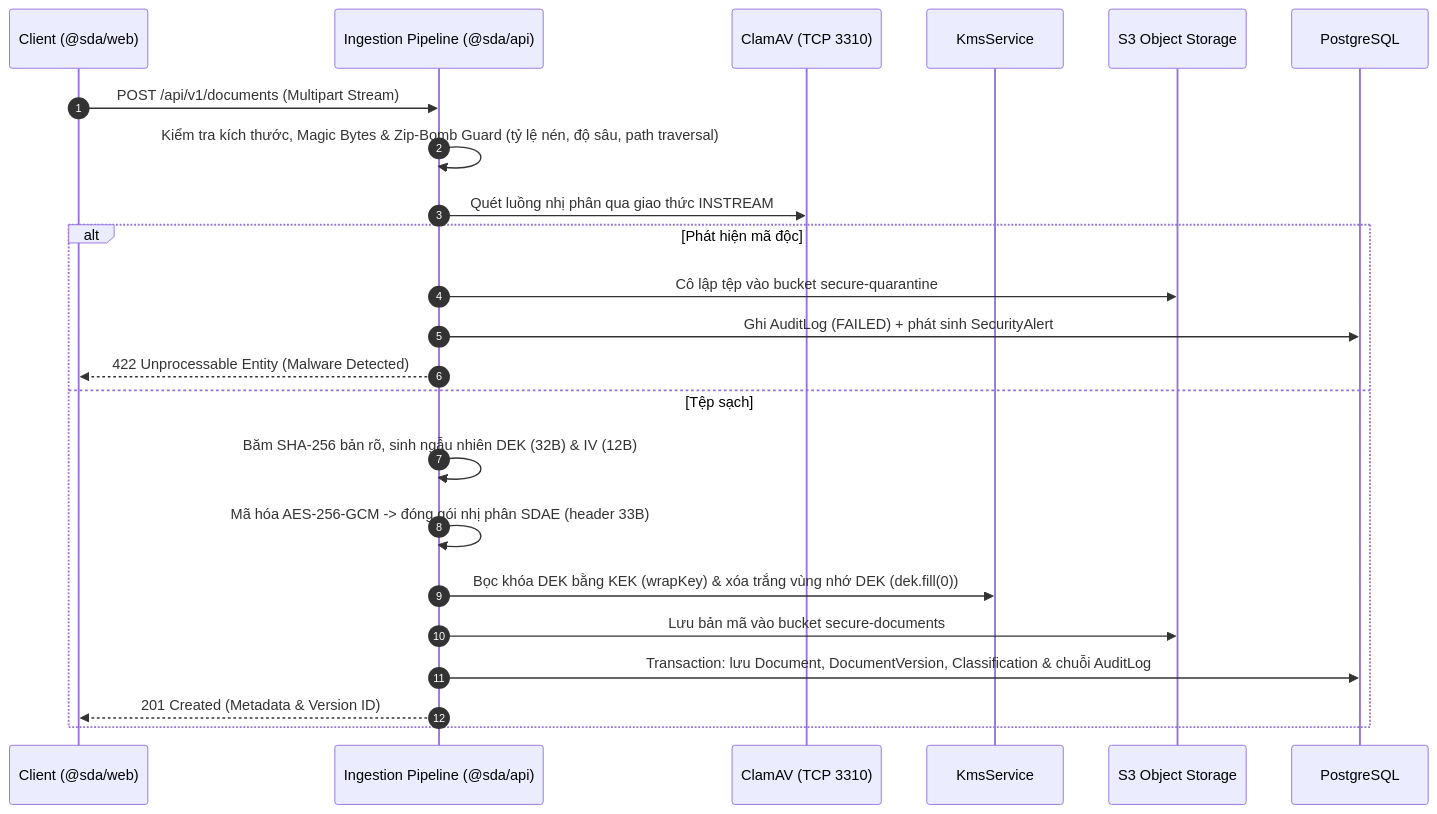
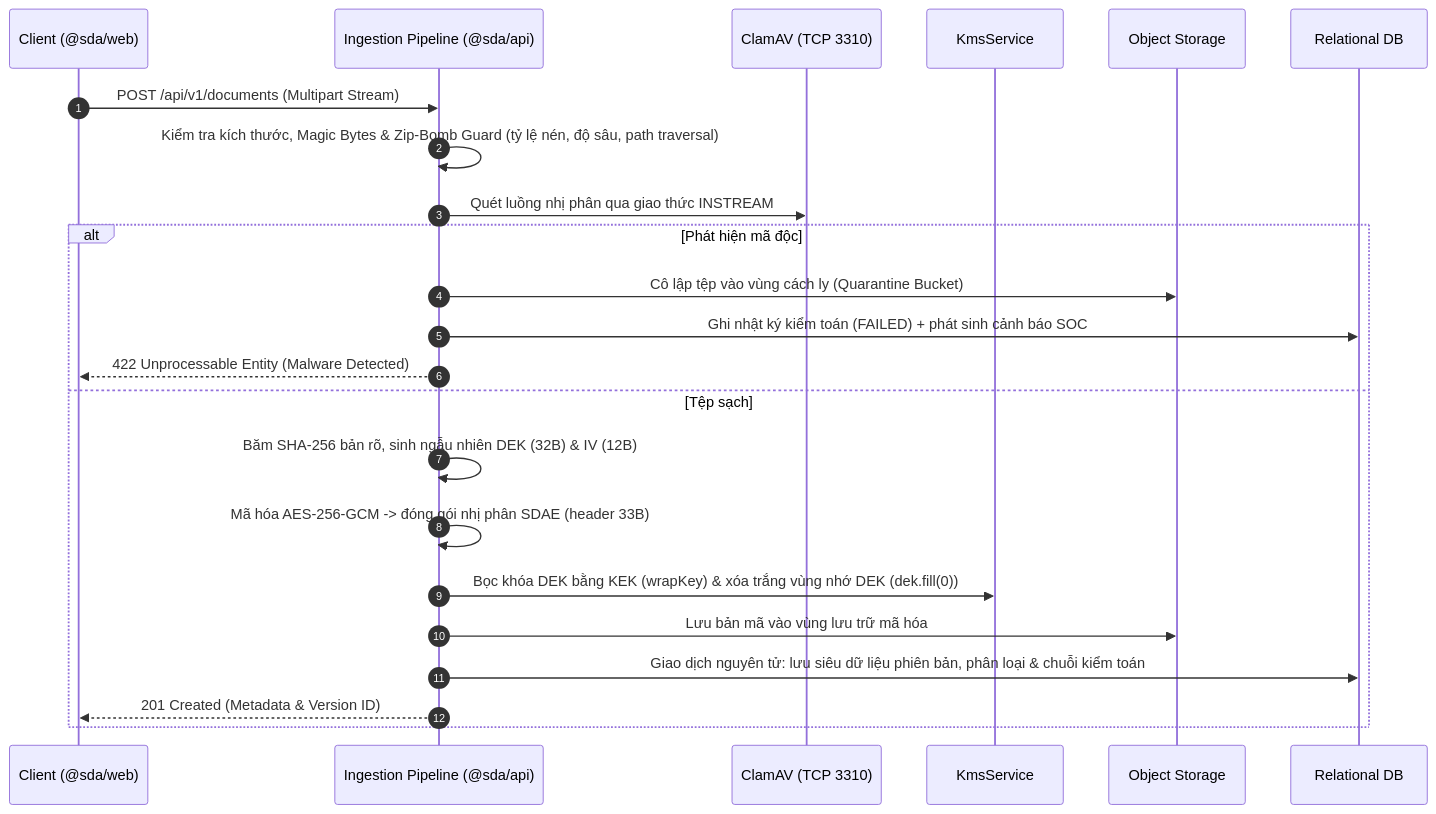
One commit to athanhneee/secure-document-access-management-system changed the second of 2 diagrams in README.md. Above: the diagram before and after it, drawn with Mermaid. The commit also changed other lines of this file and 5 other files, not shown here.

````diff
--- a/README.md
+++ b/README.md
@@ -133,26 +132,26 @@
 ```mermaid
 sequenceDiagram
     autonumber
     participant Client as Client (@sda/web)
     participant API as Ingestion Pipeline (@sda/api)
     participant AV as ClamAV (TCP 3310)
     participant KMS as KmsService
-    participant S3 as S3 Object Storage
-    participant DB as PostgreSQL
+    participant S3 as Object Storage
+    participant DB as Relational DB
 
     Client->>API: POST /api/v1/documents (Multipart Stream)
     API->>API: Kiểm tra kích thước, Magic Bytes & Zip-Bomb Guard (tỷ lệ nén, độ sâu, path traversal)
     API->>AV: Quét luồng nhị phân qua giao thức INSTREAM
     alt Phát hiện mã độc
-        API->>S3: Cô lập tệp vào bucket secure-quarantine
-        API->>DB: Ghi AuditLog (FAILED) + phát sinh SecurityAlert
+        API->>S3: Cô lập tệp vào vùng cách ly (Quarantine Bucket)
+        API->>DB: Ghi nhật ký kiểm toán (FAILED) + phát sinh cảnh báo SOC
         API-->>Client: 422 Unprocessable Entity (Malware Detected)
     else Tệp sạch
         API->>API: Băm SHA-256 bản rõ, sinh ngẫu nhiên DEK (32B) & IV (12B)
         API->>API: Mã hóa AES-256-GCM -> đóng gói nhị phân SDAE (header 33B)
         API->>KMS: Bọc khóa DEK bằng KEK (wrapKey) & xóa trắng vùng nhớ DEK (dek.fill(0))
-        API->>S3: Lưu bản mã vào bucket secure-documents
-        API->>DB: Transaction: lưu Document, DocumentVersion, Classification & chuỗi AuditLog
+        API->>S3: Lưu bản mã vào vùng lưu trữ mã hóa
+        API->>DB: Giao dịch nguyên tử: lưu siêu dữ liệu phiên bản, phân loại & chuỗi kiểm toán
         API-->>Client: 201 Created (Metadata & Version ID)
     end
 ```
````
